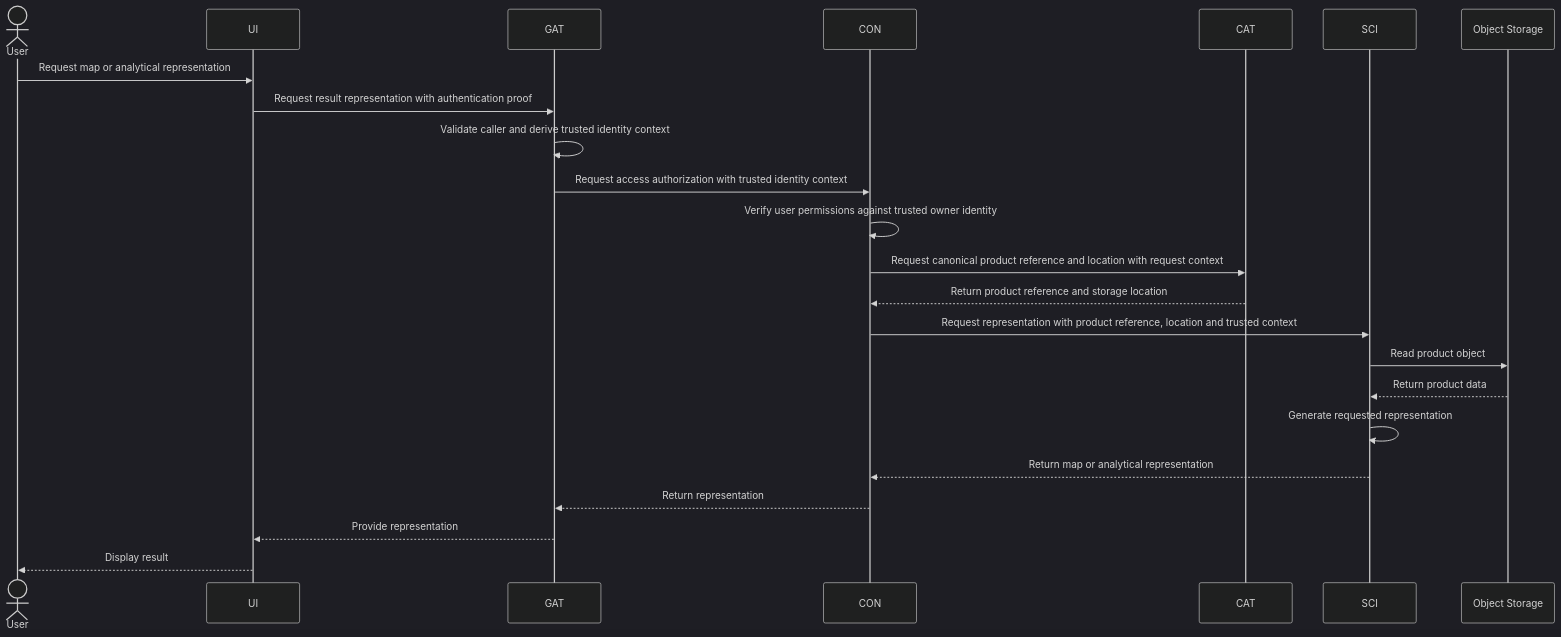
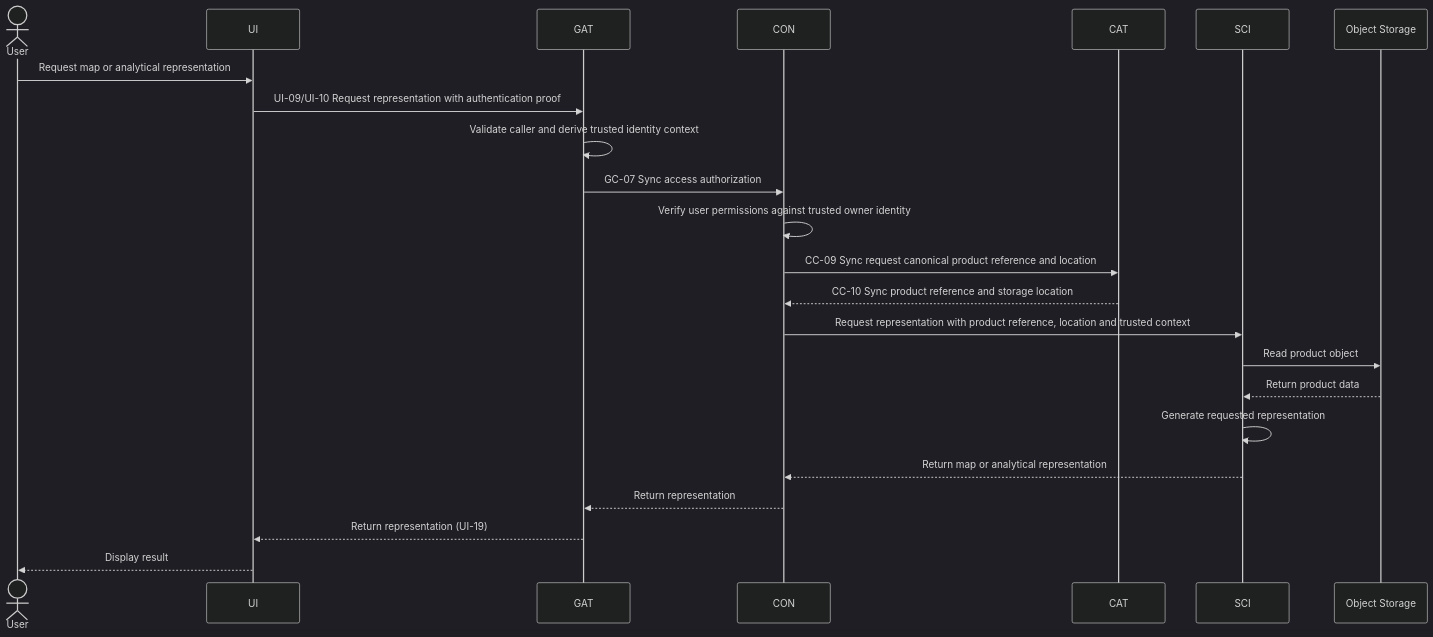
The first of 4 diagrams in documentation/architecture/sequence_diagrams/retrieve-and-display-result.md (arnaudsomville/MEOGAP), drawn with Mermaid (dark theme) before and after one commit. The commit also changed other lines of this file, not shown here.

Commit message:
Align sequence workflows with async decisions

````diff
--- a/documentation/architecture/sequence_diagrams/retrieve-and-display-result.md
+++ b/documentation/architecture/sequence_diagrams/retrieve-and-display-result.md
@@ -22,26 +22,26 @@
 ```mermaid
 sequenceDiagram
     actor User
     participant UI
     participant GAT
     participant CON
     participant CAT
     participant SCI
     participant S3 as Object Storage
 
     User->>UI: Request map or analytical representation
-    UI->>GAT: Request result representation with authentication proof
+    UI->>GAT: UI-09/UI-10 Request representation with authentication proof
     GAT->>GAT: Validate caller and derive trusted identity context
-    GAT->>CON: Request access authorization with trusted identity context
+    GAT->>CON: GC-07 Sync access authorization
     CON->>CON: Verify user permissions against trusted owner identity
-    CON->>CAT: Request canonical product reference and location with request context
-    CAT-->>CON: Return product reference and storage location
+    CON->>CAT: CC-09 Sync request canonical product reference and location
+    CAT-->>CON: CC-10 Sync product reference and storage location
     CON->>SCI: Request representation with product reference, location and trusted context
     SCI->>S3: Read product object
     S3-->>SCI: Return product data
     SCI->>SCI: Generate requested representation
     SCI-->>CON: Return map or analytical representation
     CON-->>GAT: Return representation
-    GAT-->>UI: Provide representation
+    GAT-->>UI: Return representation (UI-19)
     UI-->>User: Display result
 ```
````
